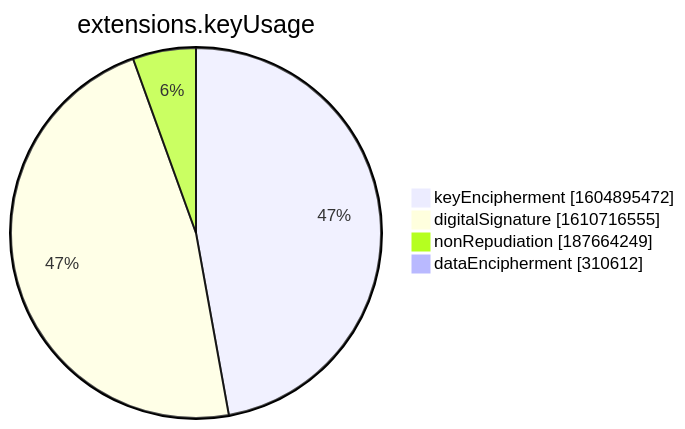
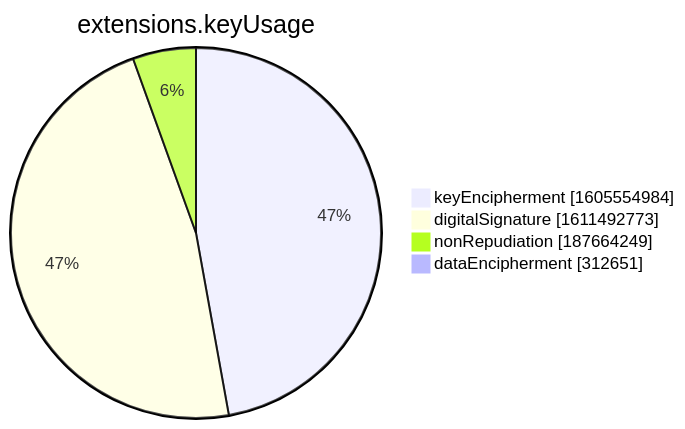
The seventh of 15 diagrams in xenon2022/README.md (christiankrug/ctmonitor_visualization), drawn with Mermaid before and after one commit. The commit also changed other lines of this file, not shown here.

````diff
--- a/xenon2022/README.md
+++ b/xenon2022/README.md
@@ -2855,8 +2855,8 @@
 ```mermaid
 pie showData
 title extensions.keyUsage
-"keyEncipherment" :1604895472
-"digitalSignature" :1610716555
+"keyEncipherment" :1605554984
+"digitalSignature" :1611492773
 "nonRepudiation" :187664249
-"dataEncipherment" :310612
+"dataEncipherment" :312651
 ```
````
